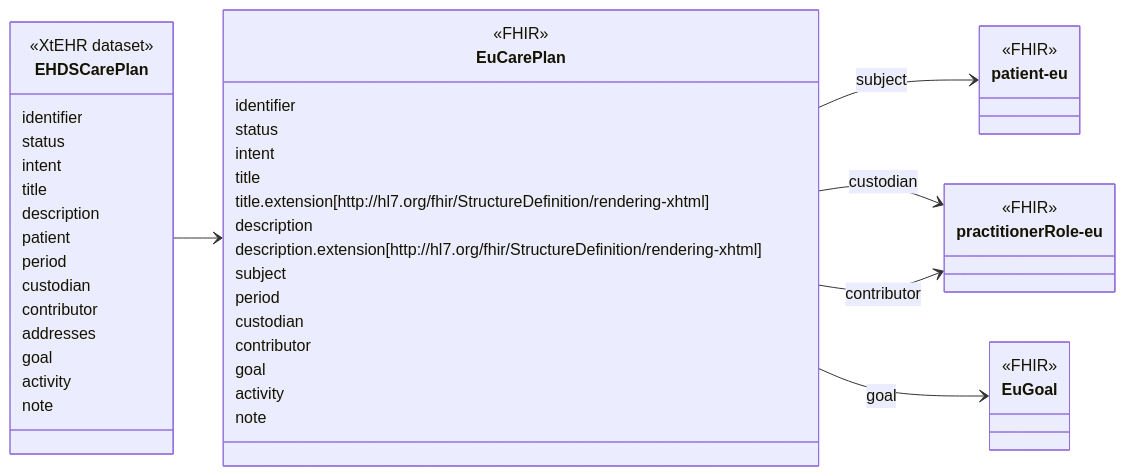
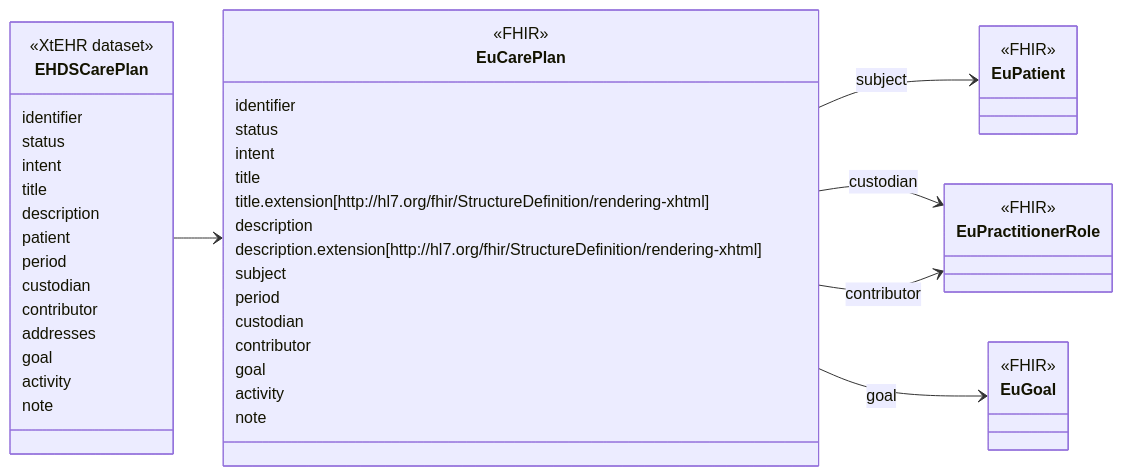
The diagram in input/intro-notes/ConceptMap-EHDSCarePlanMap-intro.md (oijauregui/ehdsimaging), drawn with Mermaid before and after one commit. The commit also changed 25 other files, not shown here.

````diff
--- a/input/intro-notes/ConceptMap-EHDSCarePlanMap-intro.md
+++ b/input/intro-notes/ConceptMap-EHDSCarePlanMap-intro.md
@@ -5,53 +5,53 @@
 ```mermaid
 classDiagram
 direction LR
 class EHDSCarePlan {
   <<XtEHR dataset>>
   identifier
   status
   intent
   title
   description
   patient
   period
   custodian
   contributor
   addresses
   goal
   activity
   note
 }
 link EHDSCarePlan "https://build.fhir.org/ig/Xt-EHR/xt-ehr-common/StructureDefinition-EHDSCarePlan.html"
 class EuCarePlan{
   <<FHIR>>
   identifier
   status
   intent
   title
   title.extension[http\://hl7.org/fhir/StructureDefinition/rendering-xhtml]
   description
   description.extension[http\://hl7.org/fhir/StructureDefinition/rendering-xhtml]
   subject
   period
   custodian
   contributor
   goal
   activity
   note
 }
 
-class patient-eu {
+class EuPatient {
   <<FHIR>>
 }
-class practitionerRole-eu {
+class EuPractitionerRole {
   <<FHIR>>
 }
 class EuGoal {
   <<FHIR>>
 }
 EHDSCarePlan --> EuCarePlan
-EuCarePlan --> patient-eu : subject
-EuCarePlan --> practitionerRole-eu : custodian
-EuCarePlan --> practitionerRole-eu : contributor
+EuCarePlan --> EuPatient : subject
+EuCarePlan --> EuPractitionerRole : custodian
+EuCarePlan --> EuPractitionerRole : contributor
 EuCarePlan --> EuGoal : goal
 ```
````
